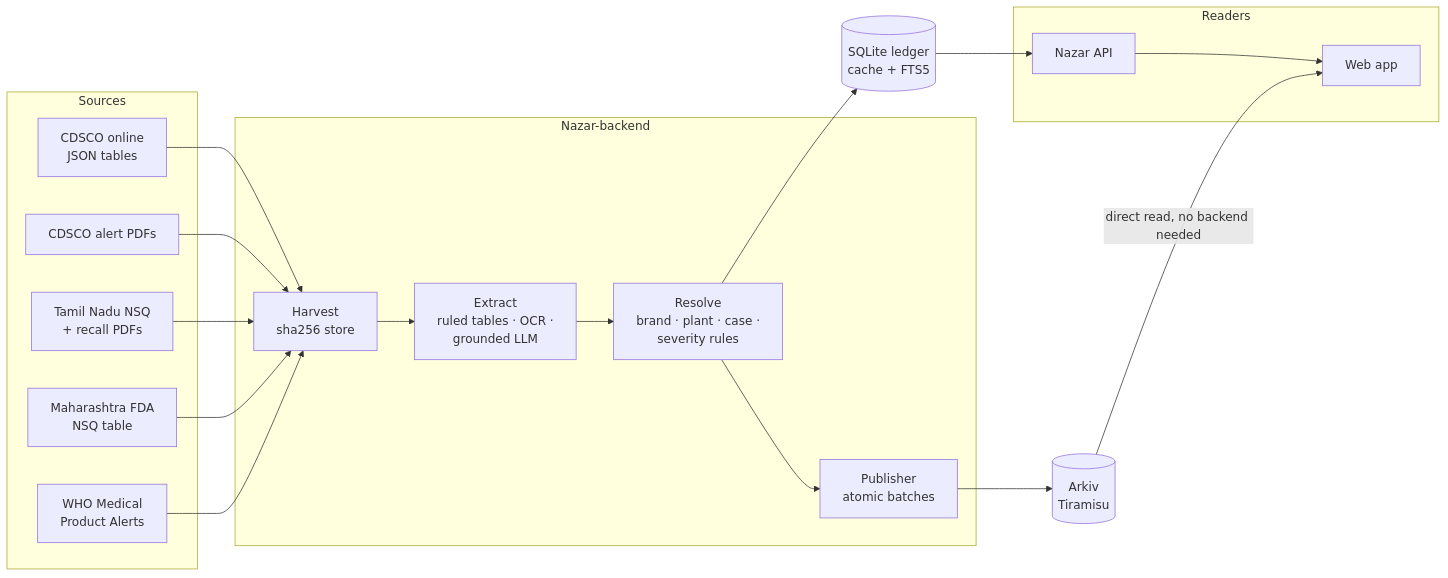
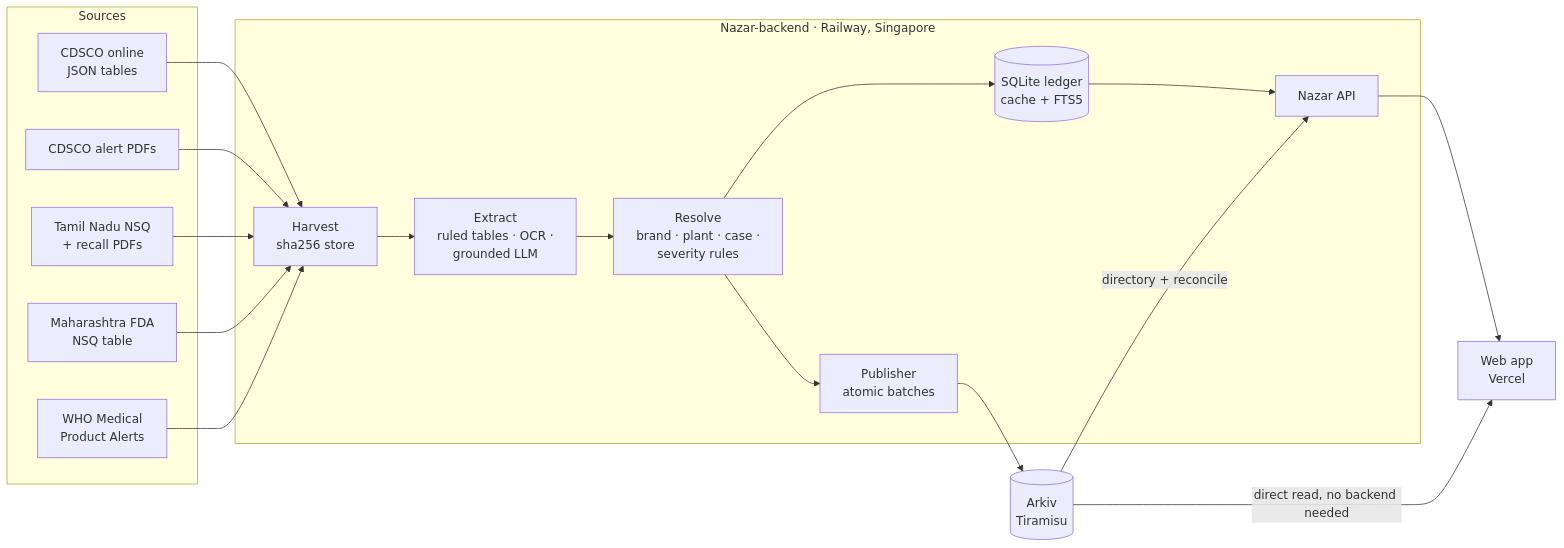
Before and after one commit to pranshurastogi/Nazar: the diagram in README.md, drawn with Mermaid. The commit also changed other lines of this file and 27 other files, not shown here.

````diff
--- a/README.md
+++ b/README.md
@@ -95,25 +90,24 @@
 ```mermaid
 flowchart LR
   subgraph Sources
     A[CDSCO online<br/>JSON tables]
     B[CDSCO alert PDFs]
     C[Tamil Nadu NSQ<br/>+ recall PDFs]
     D[Maharashtra FDA<br/>NSQ table]
     E[WHO Medical<br/>Product Alerts]
   end
-  subgraph Pipeline [Nazar-backend]
+  subgraph Railway [Nazar-backend · Railway, Singapore]
     H[Harvest<br/>sha256 store]
     X[Extract<br/>ruled tables · OCR ·<br/>grounded LLM]
     R[Resolve<br/>brand · plant · case ·<br/>severity rules]
     P[Publisher<br/>atomic batches]
+    L[(SQLite ledger<br/>cache + FTS5)]
+    I[Nazar API]
   end
   K[(Arkiv<br/>Tiramisu)]
-  L[(SQLite ledger<br/>cache + FTS5)]
-  subgraph Readers
-    W[Web app]
-    I[Nazar API]
-  end
+  W[Web app<br/>Vercel]
   A & B & C & D & E --> H --> X --> R --> P --> K
   R --> L --> I --> W
   K -- "direct read, no backend needed" --> W
+  K -- "directory + reconcile" --> I
 ```
````
